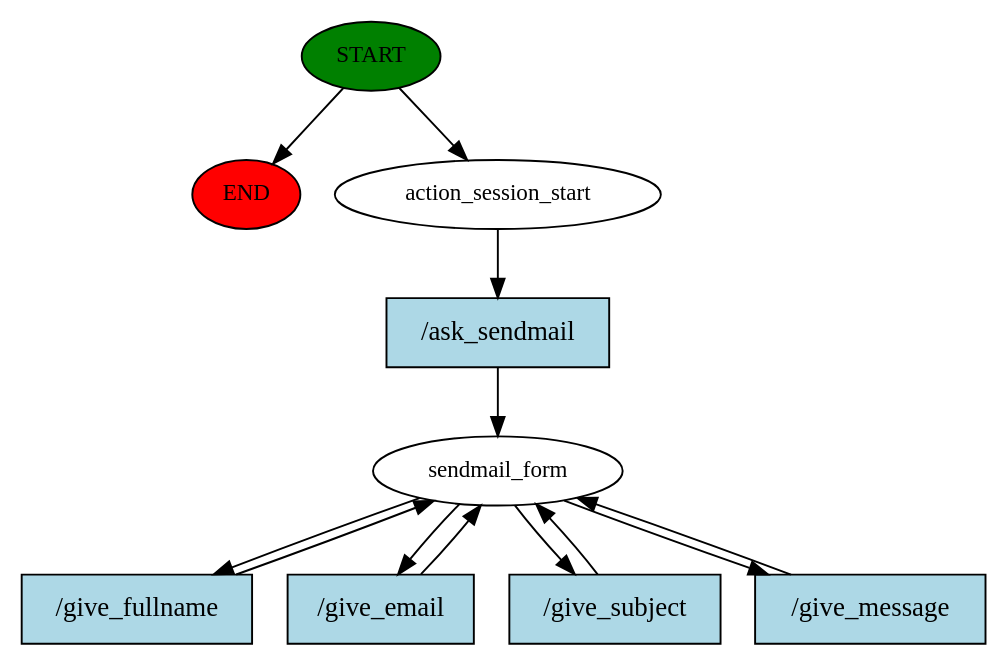
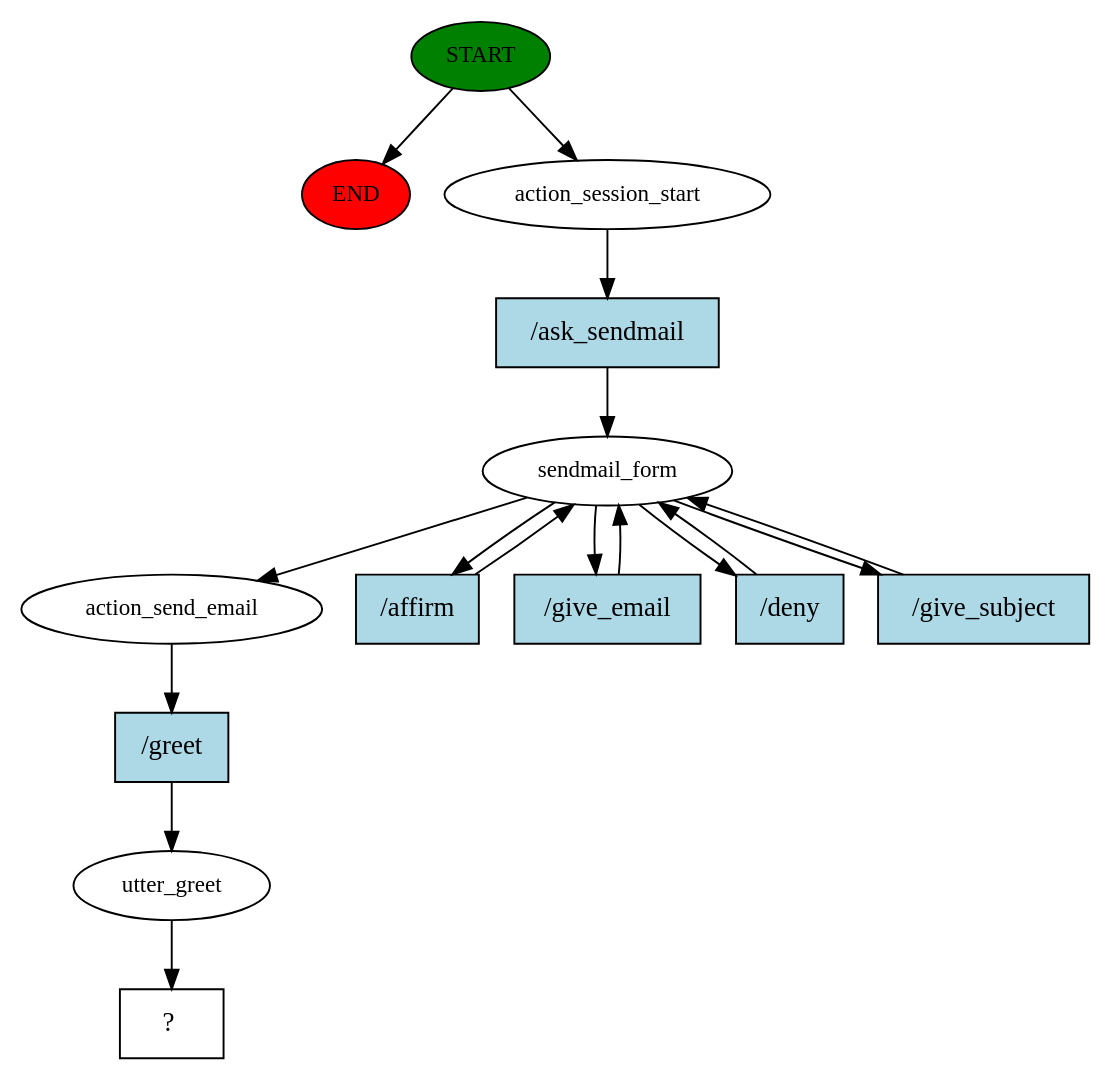
The diagram in chatbot/story_graph.dot (SebastienGuimety/CeriBot), drawn with Graphviz before and after one commit. The commit also changed 134 other files, not shown here.

```diff
--- a/chatbot/story_graph.dot
+++ b/chatbot/story_graph.dot
@@ -1,23 +1,31 @@
 digraph  {
 0 [class="start active", fillcolor=green, fontsize=12, label=START, style=filled];
 "-1" [class=end, fillcolor=red, fontsize=12, label=END, style=filled];
 1 [class=active, fontsize=12, label=action_session_start];
-2 [class="active dashed", fontsize=12, label=sendmail_form];
-7 [class="intent active", fillcolor=lightblue, label="/ask_sendmail", shape=rect, style=filled];
-8 [class="intent active", fillcolor=lightblue, label="/give_fullname", shape=rect, style=filled];
-9 [class="intent active", fillcolor=lightblue, label="/give_email", shape=rect, style=filled];
-10 [class="intent active", fillcolor=lightblue, label="/give_subject", shape=rect, style=filled];
-11 [class="intent active", fillcolor=lightblue, label="/give_message", shape=rect, style=filled];
+2 [class=active, fontsize=12, label=sendmail_form];
+7 [class=active, fontsize=12, label=action_send_email];
+8 [class=active, fontsize=12, label=utter_greet];
+9 [class="intent dashed active", label="  ?  ", shape=rect];
+10 [class="intent active", fillcolor=lightblue, label="/ask_sendmail", shape=rect, style=filled];
+11 [class="intent active", fillcolor=lightblue, label="/affirm", shape=rect, style=filled];
+12 [class="intent active", fillcolor=lightblue, label="/give_email", shape=rect, style=filled];
+13 [class="intent active", fillcolor=lightblue, label="/deny", shape=rect, style=filled];
+14 [class="intent active", fillcolor=lightblue, label="/give_subject", shape=rect, style=filled];
+15 [class="intent active", fillcolor=lightblue, label="/greet", shape=rect, style=filled];
 0 -> "-1"  [class="", key=NONE, label=""];
 0 -> 1  [class=active, key=NONE, label=""];
-1 -> 7  [class=active, key=0];
-2 -> 8  [class=active, key=0];
-2 -> 9  [class=active, key=0];
-2 -> 10  [class=active, key=0];
+1 -> 10  [class=active, key=0];
+2 -> 7  [class=active, key=NONE, label=""];
 2 -> 11  [class=active, key=0];
-7 -> 2  [class=active, key=0];
-8 -> 2  [class=active, key=0];
-9 -> 2  [class=active, key=0];
+2 -> 12  [class=active, key=0];
+2 -> 13  [class=active, key=0];
+2 -> 14  [class=active, key=0];
+7 -> 15  [class=active, key=0];
+8 -> 9  [class=active, key=NONE, label=""];
 10 -> 2  [class=active, key=0];
 11 -> 2  [class=active, key=0];
+12 -> 2  [class=active, key=0];
+13 -> 2  [class=active, key=0];
+14 -> 2  [class=active, key=0];
+15 -> 8  [class=active, key=0];
 }
```
